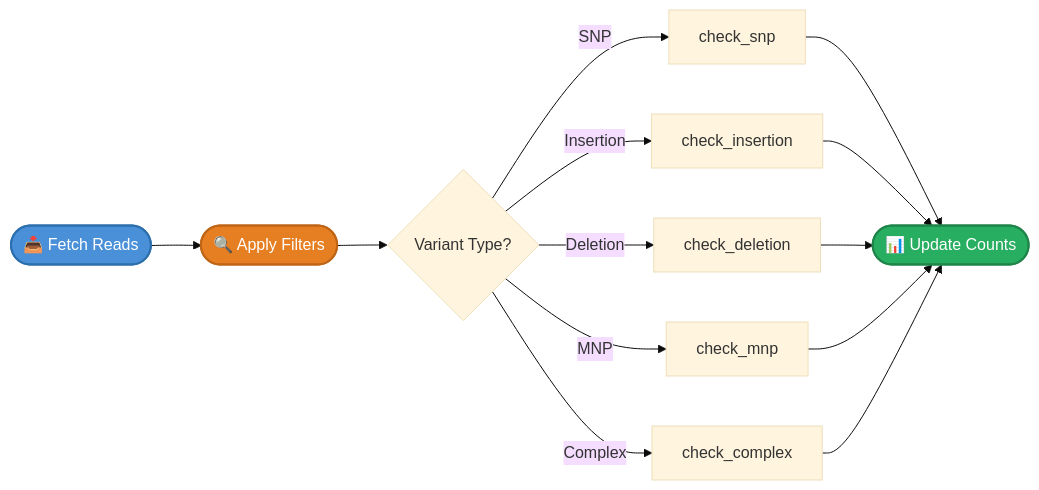
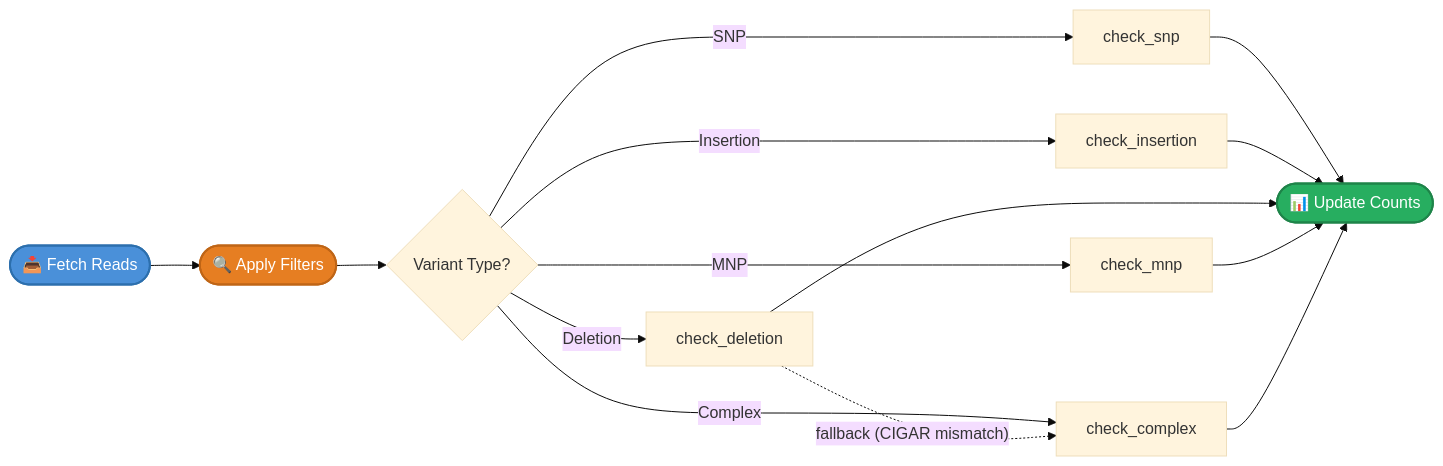
One commit to msk-access/py-gbcms changed the first of 10 diagrams in docs/reference/variant-counting.md. Above: the diagram before and after it, drawn with Mermaid (base theme). The commit also changed other lines of this file and 8 other files, not shown here.

````diff
--- a/docs/reference/variant-counting.md
+++ b/docs/reference/variant-counting.md
@@ -9,19 +9,20 @@
 ```mermaid
 flowchart LR
     Fetch([📥 Fetch Reads]):::fetch --> Filter([🔍 Apply Filters]):::filter
     Filter --> Dispatch{Variant Type?}
     Dispatch -->|SNP| SNP[check_snp]
     Dispatch -->|Insertion| INS[check_insertion]
     Dispatch -->|Deletion| DEL[check_deletion]
     Dispatch -->|MNP| MNP[check_mnp]
     Dispatch -->|Complex| CPX[check_complex]
+    DEL -.->|"fallback (CIGAR mismatch)"| CPX
     SNP --> Count([📊 Update Counts]):::count
     INS --> Count
     DEL --> Count
     MNP --> Count
     CPX --> Count
 
     classDef fetch fill:#4a90d9,color:#fff,stroke:#2c6fad,stroke-width:2px;
     classDef filter fill:#e67e22,color:#fff,stroke:#bf6516,stroke-width:2px;
     classDef count fill:#27ae60,color:#fff,stroke:#1e8449,stroke-width:2px;
 ```
````
